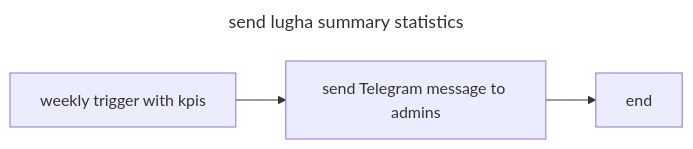
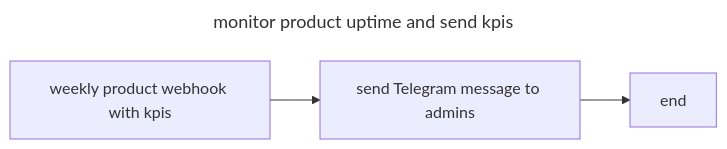
One commit to khaldoun-xyz/standard changed the third of 4 diagrams in docs/processes.md. Above: the diagram before and after it, drawn with Mermaid. The commit also changed other lines of this file, not shown here.

Commit message:
maintenance: merge monitor & kpis, add deploy

```diff
--- a/docs/processes.md
+++ b/docs/processes.md
@@ -112,8 +108,8 @@
 ~~~mermaid
 ---
-title: send lugha summary statistics
+title: monitor product uptime and send kpis
 ---
 flowchart LR
-  A[weekly trigger with kpis] --> B[send Telegram message to admins]
+  A[weekly product webhook with kpis] --> B[send Telegram message to admins]
   B --> C[end]
 ~~~
```
